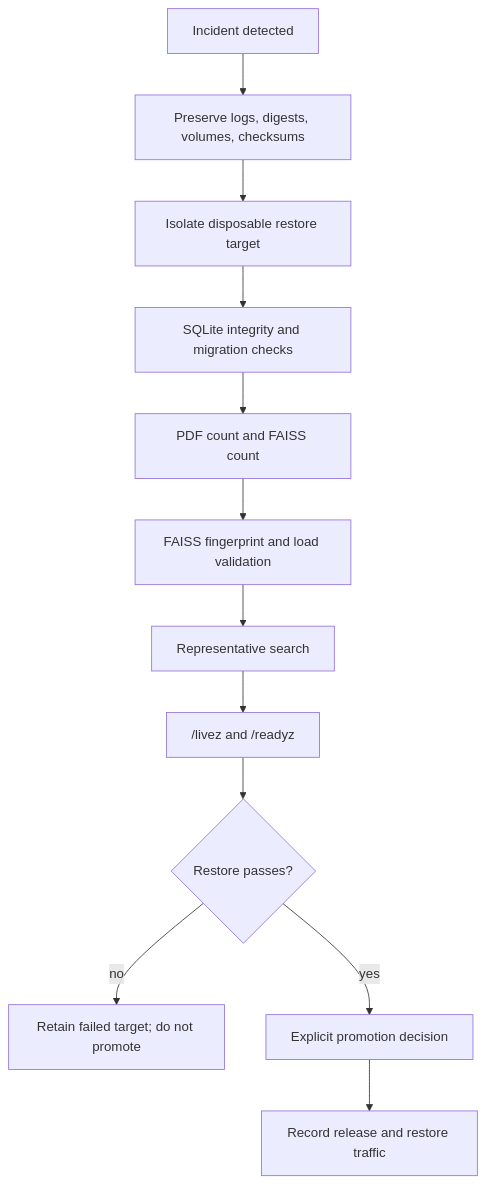
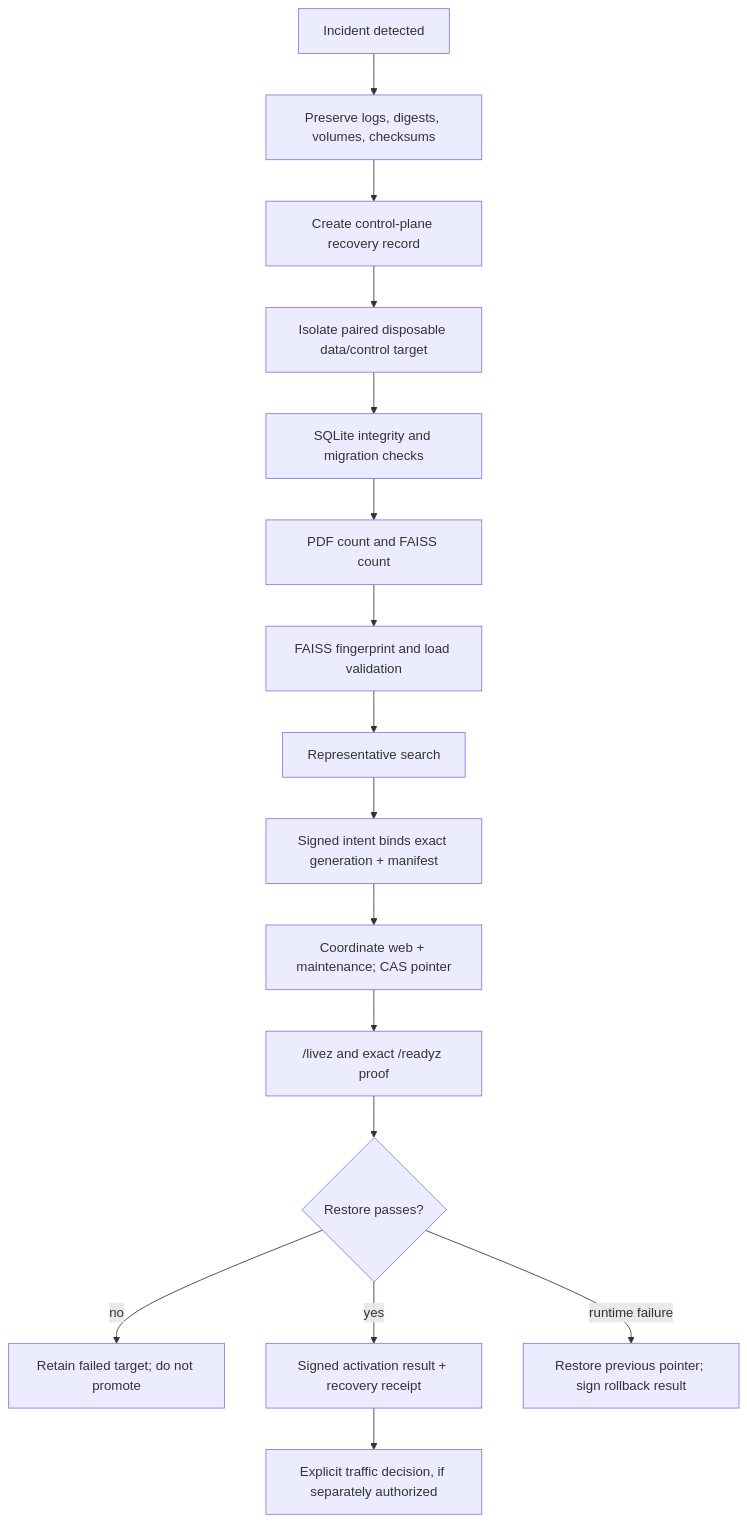
The diagram in docs/diagrams/incident-recovery.mmd (Nimble-esolutions/PdfSearch), drawn with Mermaid before and after one commit. The commit also changed 51 other files, not shown here.

Commit message:
docs: reconcile DataOps and VaultOps architecture truth

```diff
--- a/docs/diagrams/incident-recovery.mmd
+++ b/docs/diagrams/incident-recovery.mmd
@@ -1,12 +1,16 @@
 flowchart TD
     incident["Incident detected"] --> evidence["Preserve logs, digests, volumes, checksums"]
-    evidence --> isolate["Isolate disposable restore target"]
+    evidence --> record["Create control-plane recovery record"]
+    record --> isolate["Isolate paired disposable data/control target"]
     isolate --> integrity["SQLite integrity and migration checks"]
     integrity --> counts["PDF count and FAISS count"]
     counts --> indexes["FAISS fingerprint and load validation"]
     indexes --> search["Representative search"]
-    search --> endpoints["/livez and /readyz"]
+    search --> intent["Signed intent binds exact generation + manifest"]
+    intent --> coordinate["Coordinate web + maintenance; CAS pointer"]
+    coordinate --> endpoints["/livez and exact /readyz proof"]
     endpoints --> decision{"Restore passes?"}
     decision -- "no" --> retain["Retain failed target; do not promote"]
-    decision -- "yes" --> approve["Explicit promotion decision"]
-    approve --> release["Record release and restore traffic"]
+    decision -- "yes" --> receipt["Signed activation result + recovery receipt"]
+    decision -- "runtime failure" --> rollback["Restore previous pointer; sign rollback result"]
+    receipt --> approve["Explicit traffic decision, if separately authorized"]
```
